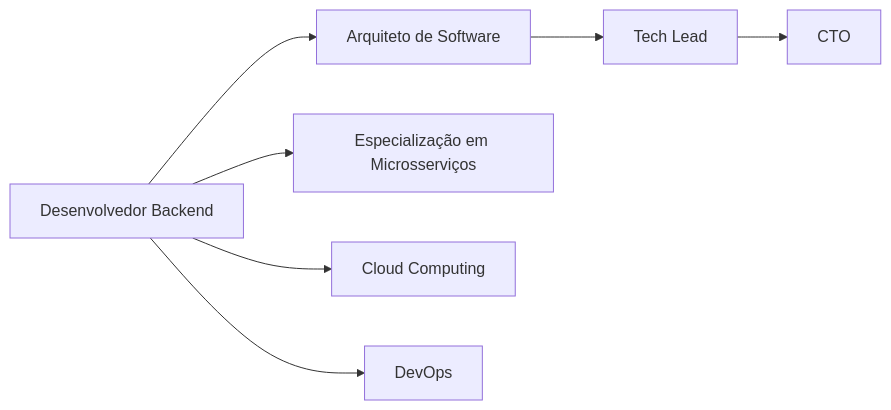
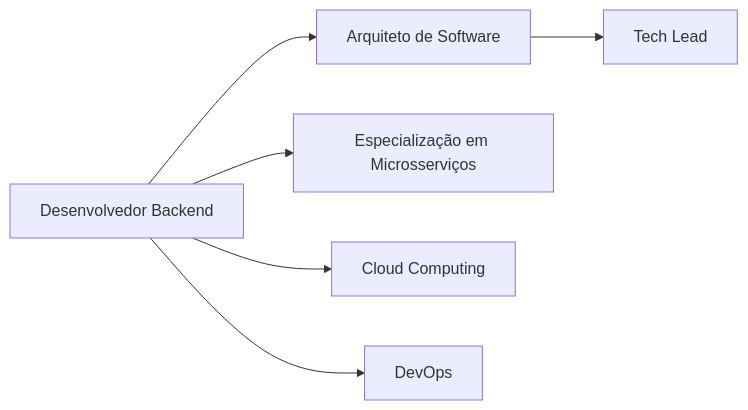
One commit to devopMarkz/devopMarkz changed the diagram in README.md. Above: the diagram before and after it, drawn with Mermaid.

````diff
--- a/README.md
+++ b/README.md
@@ -175,10 +175,9 @@
 ```mermaid
 graph LR
     A[Desenvolvedor Backend] --> B[Arquiteto de Software]
     B --> C[Tech Lead]
-    C --> D[CTO]
     
-    A --> E[Especialização em Microsserviços]
-    A --> F[Cloud Computing]
-    A --> G[DevOps]
+    A --> D[Especialização em Microsserviços]
+    A --> E[Cloud Computing]
+    A --> F[DevOps]
 ```
````
